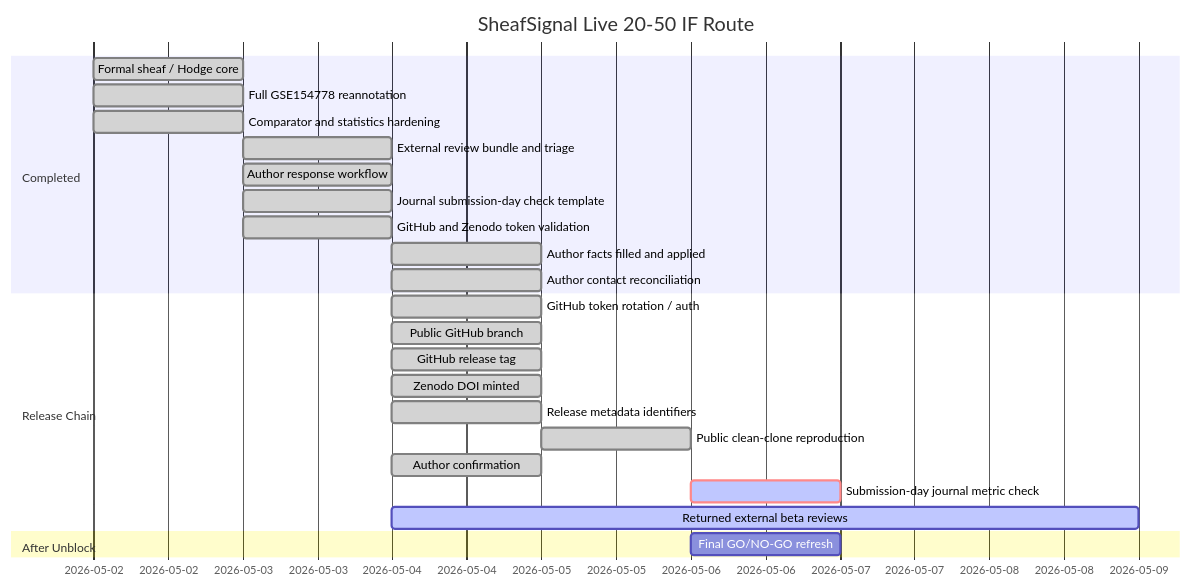
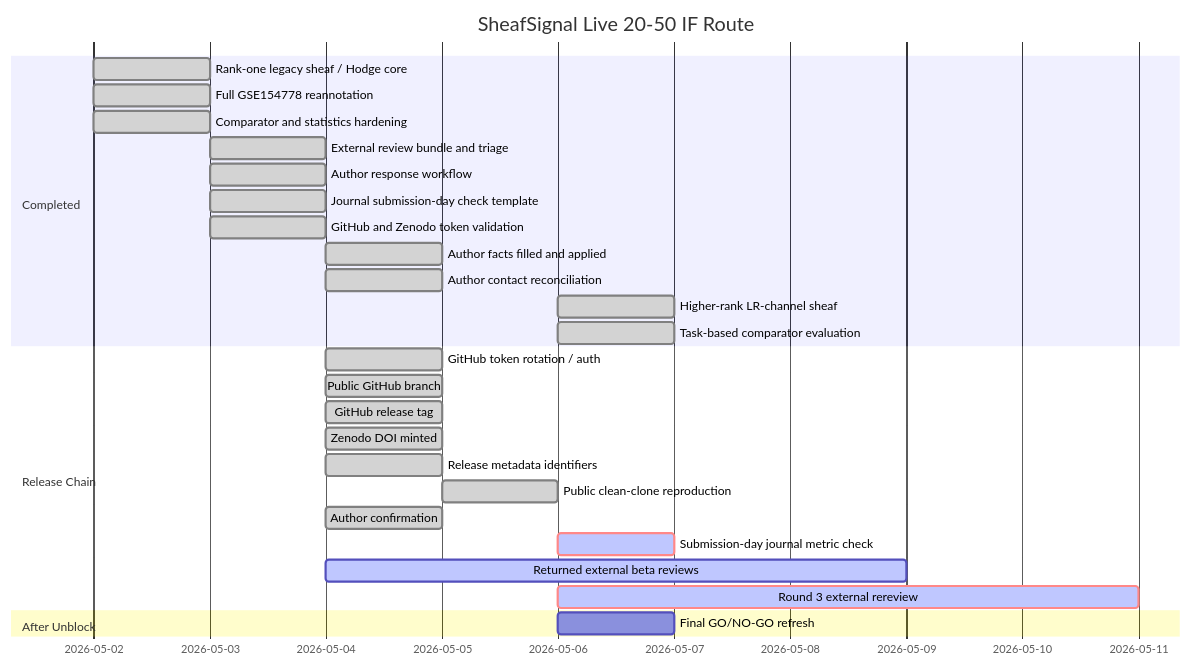
The diagram in manuscript/SHEAFSIGNAL_LIVE_GANTT_STATUS.md (healthgreat/SheafSignal), drawn with Mermaid before and after one commit. The commit also changed other lines of this file and 37 other files, not shown here.

Commit message:
Implement higher-rank LR-channel sheaf

````diff
--- a/manuscript/SHEAFSIGNAL_LIVE_GANTT_STATUS.md
+++ b/manuscript/SHEAFSIGNAL_LIVE_GANTT_STATUS.md
@@ -12,30 +12,33 @@
 ```mermaid
 gantt
     title SheafSignal Live 20-50 IF Route
     dateFormat  YYYY-MM-DD
 
     section Completed
-    Formal sheaf / Hodge core                 :done, 2026-05-02, 1d
+    Rank-one legacy sheaf / Hodge core        :done, 2026-05-02, 1d
     Full GSE154778 reannotation               :done, 2026-05-02, 1d
     Comparator and statistics hardening       :done, 2026-05-02, 1d
     External review bundle and triage         :done, 2026-05-03, 1d
     Author response workflow                  :done, 2026-05-03, 1d
     Journal submission-day check template     :done, 2026-05-03, 1d
     GitHub and Zenodo token validation        :done, 2026-05-03, 1d
     Author facts filled and applied           :done, 2026-05-04, 1d
     Author contact reconciliation             :done, 2026-05-04, 1d
+    Higher-rank LR-channel sheaf              :done, 2026-05-06, 1d
+    Task-based comparator evaluation          :done, 2026-05-06, 1d
 
     section Release Chain
     GitHub token rotation / auth               :done, 2026-05-04, 1d
     Public GitHub branch                       :done, 2026-05-04, 1d
     GitHub release tag                         :done, 2026-05-04, 1d
     Zenodo DOI minted                          :done, 2026-05-04, 1d
     Release metadata identifiers               :done, 2026-05-04, 1d
     Public clean-clone reproduction            :done, 2026-05-05, 1d
     Author confirmation                        :done, 2026-05-04, 1d
     Submission-day journal metric check       :crit, active, 2026-05-06, 1d
     Returned external beta reviews            :active, 2026-05-04, 5d
+    Round 3 external rereview                 :crit, active, 2026-05-06, 5d
 
     section After Unblock
     Final GO/NO-GO refresh                    :2026-05-06, 1d
 ```
````
